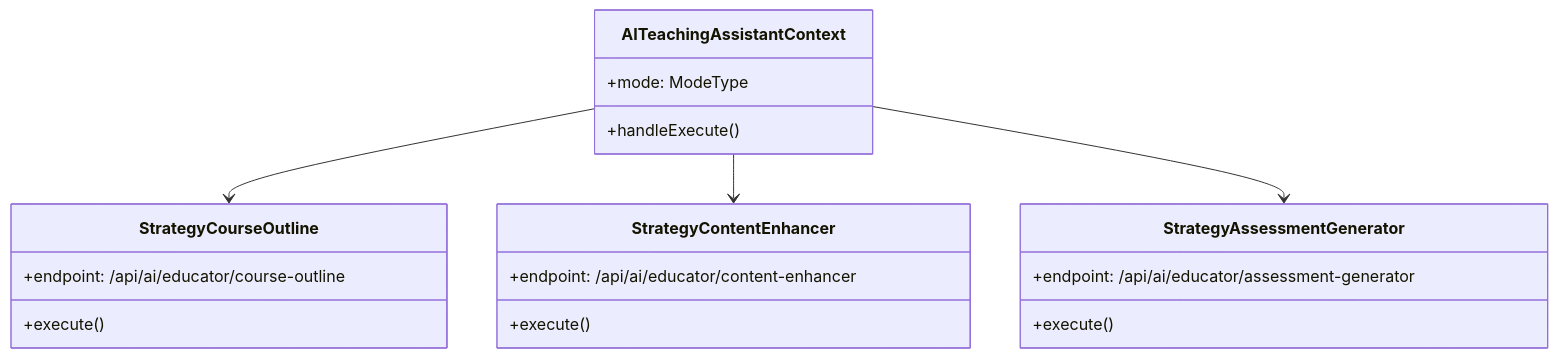
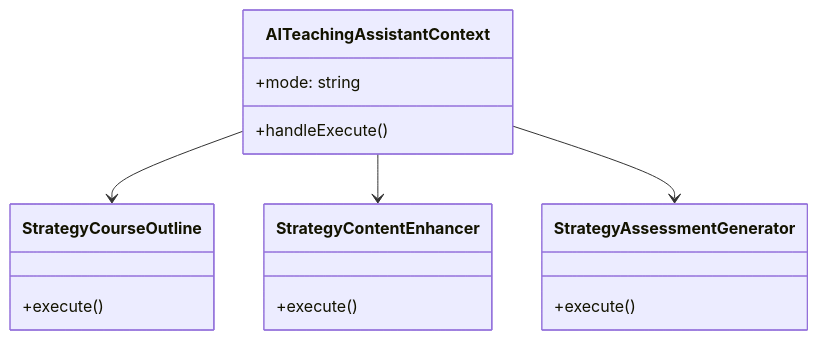
Before and after one commit to Nafiz204/Skill-Verse: the third of 4 diagrams in Design_patterns_Documentation.md, drawn with Mermaid. The commit also changed other lines of this file and 1 other file, not shown here.

````diff
--- a/Design_patterns_Documentation.md
+++ b/Design_patterns_Documentation.md
@@ -209,23 +206,20 @@
 ```mermaid
 classDiagram
     class AITeachingAssistantContext {
-        +mode: ModeType
+        +mode: string
         +handleExecute()
     }
     class StrategyCourseOutline {
-        +endpoint: /api/ai/educator/course-outline
         +execute()
     }
     class StrategyContentEnhancer {
-        +endpoint: /api/ai/educator/content-enhancer
         +execute()
     }
     class StrategyAssessmentGenerator {
-        +endpoint: /api/ai/educator/assessment-generator
         +execute()
     }
 
     AITeachingAssistantContext --> StrategyCourseOutline
     AITeachingAssistantContext --> StrategyContentEnhancer
     AITeachingAssistantContext --> StrategyAssessmentGenerator
 ```
````
